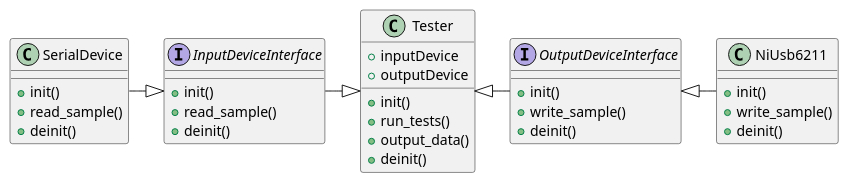
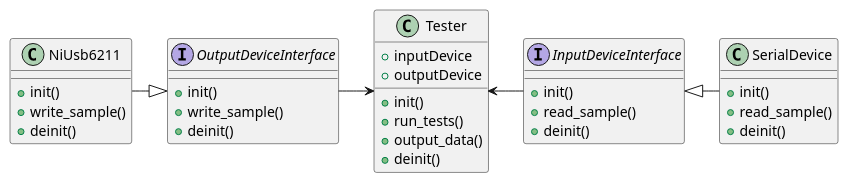
The diagram in docs/diagrams/src/class_diagram.wsd (Jyrijoul/arduino-adc-tester), drawn with PlantUML before and after one commit. The commit also changed 10 other files, not shown here.

```diff
--- a/docs/diagrams/src/class_diagram.wsd
+++ b/docs/diagrams/src/class_diagram.wsd
@@ -1,44 +1,44 @@
 @startuml tester
 
 ' Interfaces/classes
 interface OutputDeviceInterface {
     + init()
     + write_sample()
     + deinit()
 }
 
 class NiUsb6211 {
     + init()
     + write_sample()
     + deinit()
 }
 
 interface InputDeviceInterface {
     + init()
     + read_sample()
     + deinit()
 }
 
 class SerialDevice {
     + init()
     + read_sample()
     + deinit()
 }
 
 class Tester {
     + inputDevice
     + outputDevice
     + init()
     + run_tests()
     + output_data()
     + deinit()
 }
 
 '  Relations
-OutputDeviceInterface <|-right- NiUsb6211
-InputDeviceInterface <|-left- SerialDevice
+OutputDeviceInterface <|-left- NiUsb6211
+InputDeviceInterface <|-right- SerialDevice
 
-Tester <|-right- OutputDeviceInterface
-Tester <|-left- InputDeviceInterface
+Tester <-left- OutputDeviceInterface
+Tester <-right- InputDeviceInterface
 
 @enduml
```
